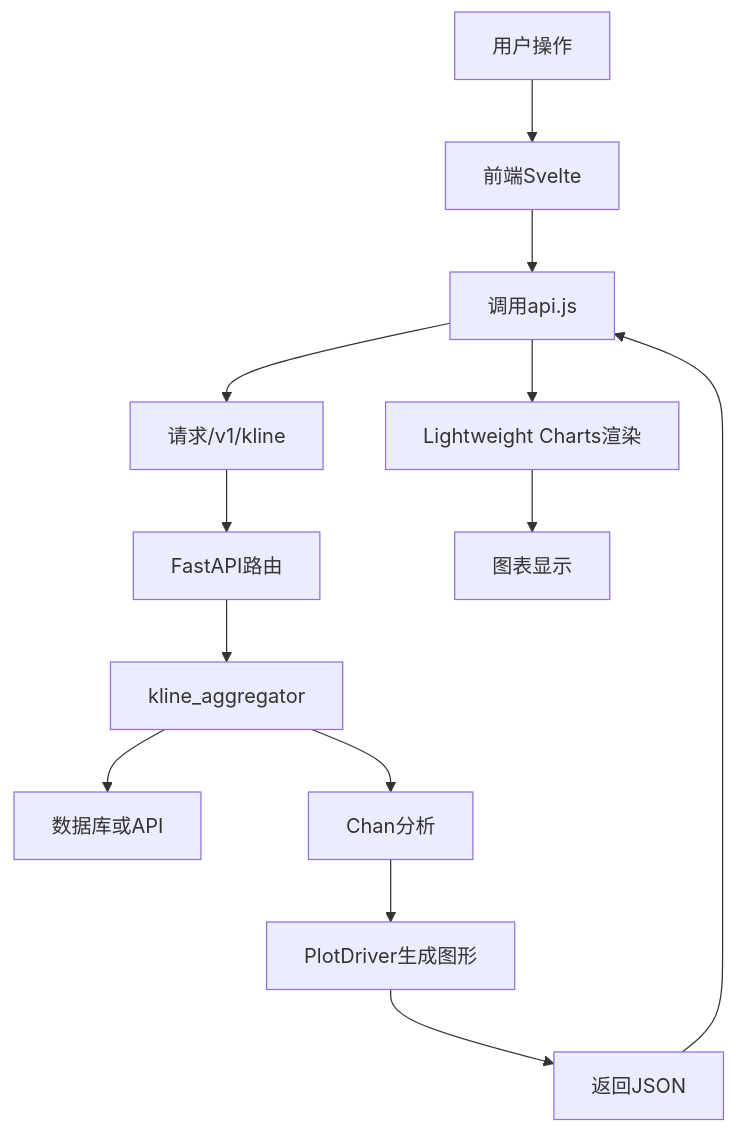
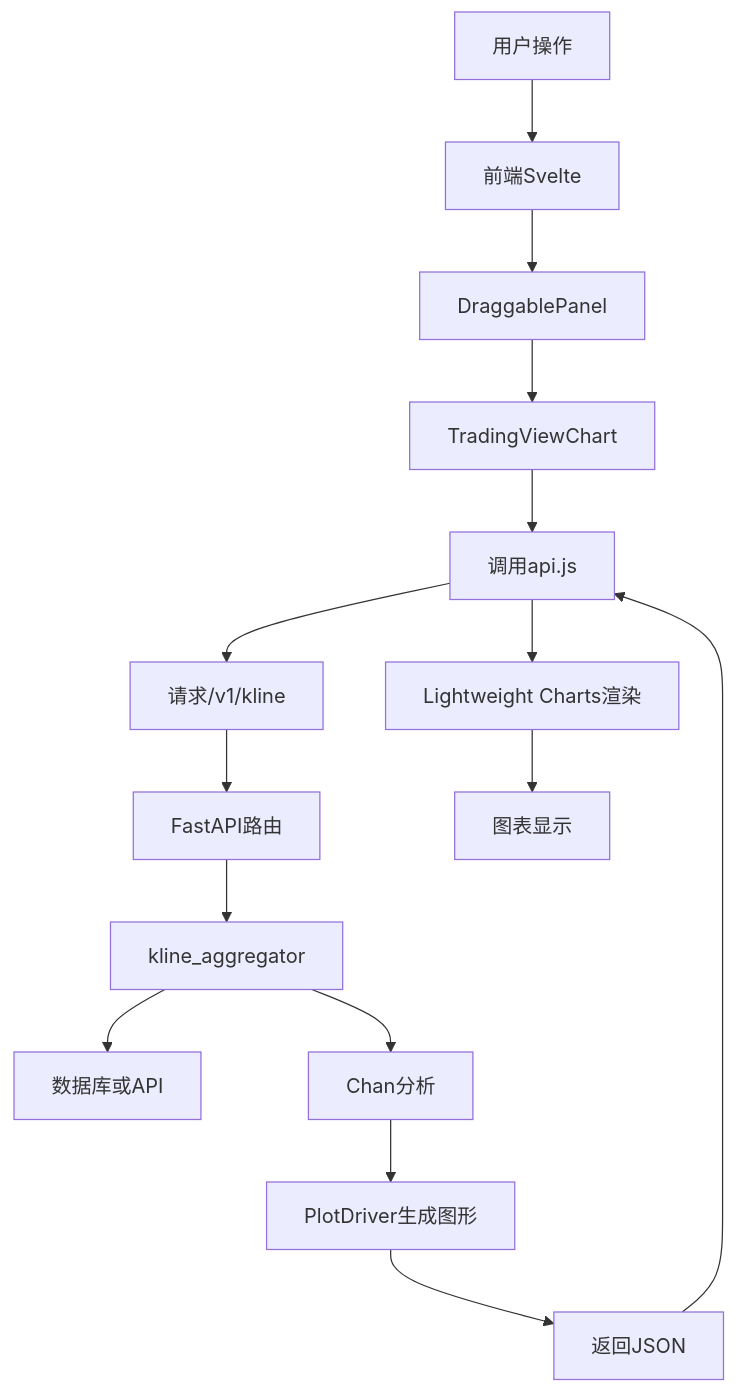
Before and after one commit to yjydmlh/turtle: the second of 7 diagrams in .qoder/repowiki/zh/content/前端架构/交易图表集成.md, drawn with Mermaid. The commit also changed other lines of this file and 21 other files, not shown here.

````diff
--- a/.qoder/repowiki/zh/content/前端架构/交易图表集成.md
+++ b/.qoder/repowiki/zh/content/前端架构/交易图表集成.md
@@ -75,15 +86,17 @@
 ```mermaid
 graph TD
 A[用户操作] --> B[前端Svelte]
-B --> C[调用api.js]
-C --> D[请求/v1/kline]
-D --> E[FastAPI路由]
-E --> F[kline_aggregator]
-F --> G[数据库或API]
-F --> H[Chan分析]
-H --> I[PlotDriver生成图形]
-I --> J[返回JSON]
-J --> C
-C --> K[Lightweight Charts渲染]
-K --> L[图表显示]
+B --> C[DraggablePanel]
+C --> D[TradingViewChart]
+D --> E[调用api.js]
+E --> F[请求/v1/kline]
+F --> G[FastAPI路由]
+G --> H[kline_aggregator]
+H --> I[数据库或API]
+H --> J[Chan分析]
+J --> K[PlotDriver生成图形]
+K --> L[返回JSON]
+L --> E
+E --> M[Lightweight Charts渲染]
+M --> N[图表显示]
 ```
````
